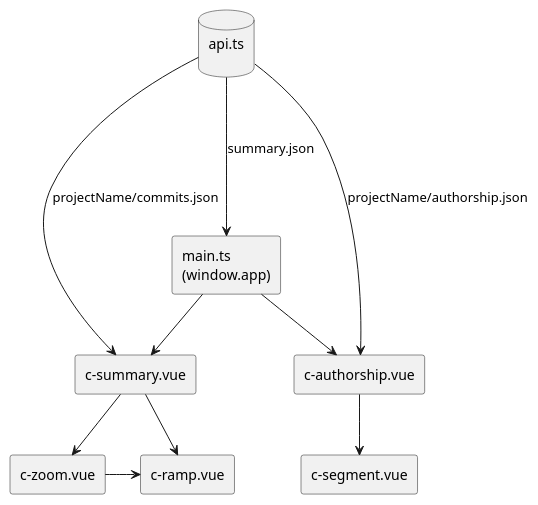
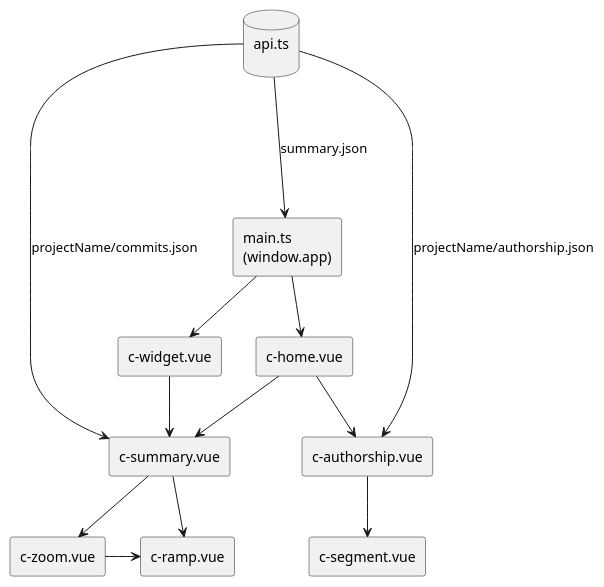
One commit to reposense/RepoSense changed the diagram in docs/diagrams/ReportArchitecture.puml. Above: the diagram before and after it, drawn with PlantUML. The commit also changed 1 other file, not shown here.

Commit message:
Add c-home and c-widget in report architecture diagram

```diff
--- a/docs/diagrams/ReportArchitecture.puml
+++ b/docs/diagrams/ReportArchitecture.puml
@@ -1,25 +1,30 @@
 @startuml
 hide footbox
 skinparam monochrome true
 skinparam Shadowing false
 
 rectangle "main.ts\n(window.app)" as main
 rectangle "c-zoom.vue" as c_zoom
 rectangle "c-ramp.vue" as c_ramp
 rectangle "c-summary.vue" as c_summary
 rectangle "c-authorship.vue" as c_authorship
 rectangle "c-segment.vue" as c_segment
+rectangle "c-home.vue" as c_home
+rectangle "c-widget.vue" as c_widget
 database "api.ts\n" as api
 
-main -down-> c_summary
+main -down-> c_home
+main -down-> c_widget
+c_home -down-> c_summary
+c_widget -down-> c_summary
 c_summary -down-> c_zoom
 c_summary -> c_ramp
 c_zoom -> c_ramp
 
-main -down-> c_authorship
+c_home -down-> c_authorship
 c_authorship -down-> c_segment
 
 api -down--> main : summary.json
 api -down-> c_summary : projectName/commits.json
 api -down-> c_authorship : projectName/authorship.json
 @enduml
```
